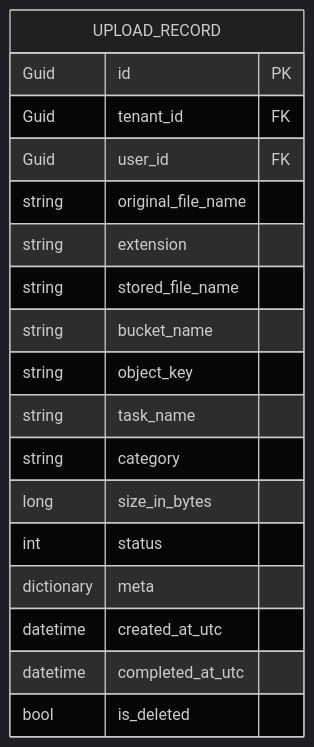
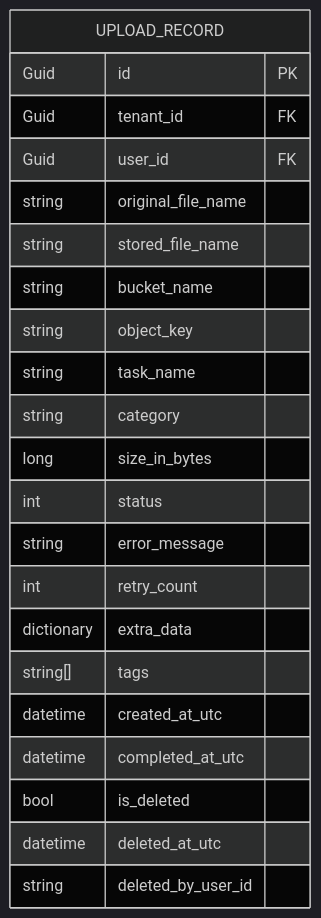
One commit to questflag/qf-apps changed the second of 2 diagrams in docs/er.md. Above: the diagram before and after it, drawn with Mermaid (dark theme). The commit also changed other lines of this file and 9 other files, not shown here.

````diff
--- a/docs/er.md
+++ b/docs/er.md
@@ -51,21 +58,25 @@
 ```mermaid
 erDiagram
     UPLOAD_RECORD {
         Guid id PK
         Guid tenant_id FK
         Guid user_id FK
         string original_file_name
-        string extension
         string stored_file_name
         string bucket_name
         string object_key
         string task_name
         string category
         long size_in_bytes
         int status
-        dictionary meta
+        string error_message
+        int retry_count
+        dictionary extra_data
+        string[] tags
         datetime created_at_utc
         datetime completed_at_utc
         bool is_deleted
+        datetime deleted_at_utc
+        string deleted_by_user_id
     }
 ```
````
